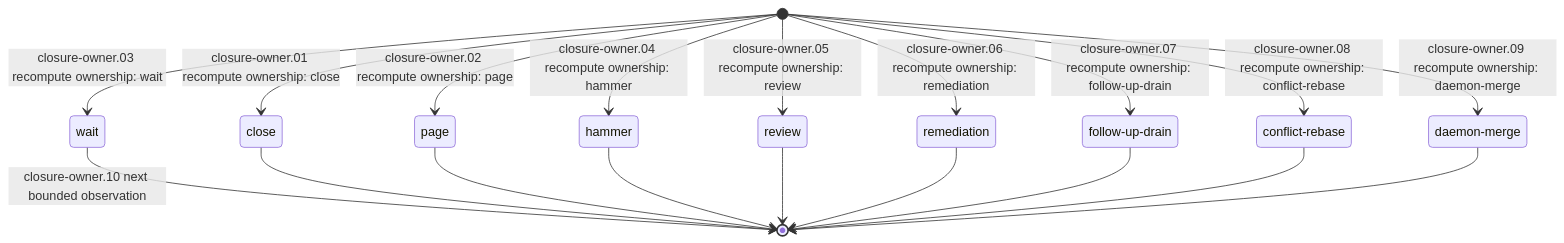
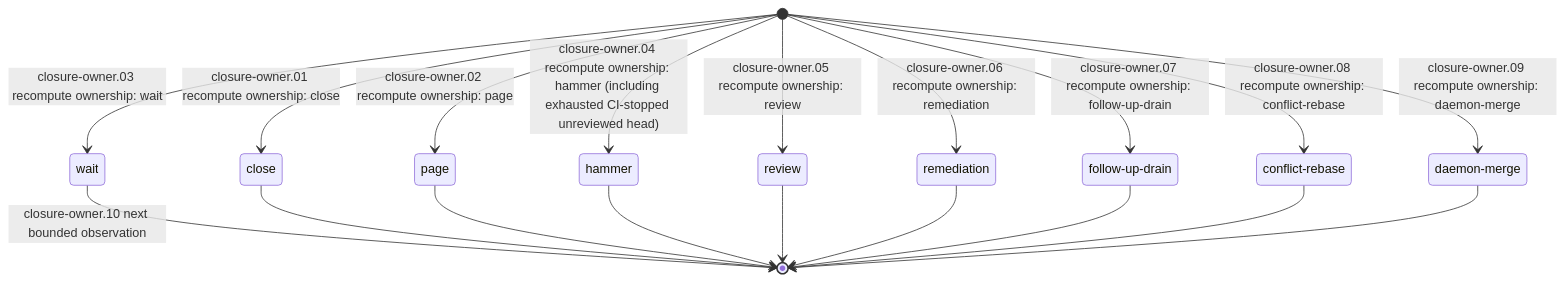
Before and after one commit to laceyenterprises/adversarial-review: the fifth of 6 diagrams in README.md, drawn with Mermaid. The commit also changed other lines of this file and 14 other files, not shown here.

````diff
--- a/README.md
+++ b/README.md
@@ -1125,30 +1132,30 @@
 ```mermaid
 stateDiagram-v2
     state "close" as s0
     state "page" as s1
     state "wait" as s2
     state "hammer" as s3
     state "review" as s4
     state "remediation" as s5
     state "follow-up-drain" as s6
     state "conflict-rebase" as s7
     state "daemon-merge" as s8
     [*] --> s0: closure-owner.01 recompute ownership: close
     [*] --> s1: closure-owner.02 recompute ownership: page
     [*] --> s2: closure-owner.03 recompute ownership: wait
-    [*] --> s3: closure-owner.04 recompute ownership: hammer
+    [*] --> s3: closure-owner.04 recompute ownership: hammer (including exhausted CI-stopped unreviewed head)
     [*] --> s4: closure-owner.05 recompute ownership: review
     [*] --> s5: closure-owner.06 recompute ownership: remediation
     [*] --> s6: closure-owner.07 recompute ownership: follow-up-drain
     [*] --> s7: closure-owner.08 recompute ownership: conflict-rebase
     [*] --> s8: closure-owner.09 recompute ownership: daemon-merge
     s2 --> [*]: closure-owner.10 next bounded observation
     s0 --> [*]
     s1 --> [*]
     s3 --> [*]
     s4 --> [*]
     s5 --> [*]
     s6 --> [*]
     s7 --> [*]
     s8 --> [*]
 ```
````
